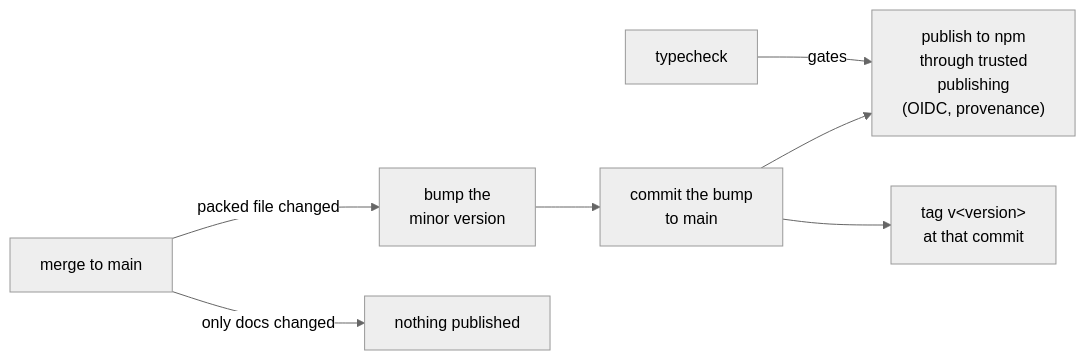
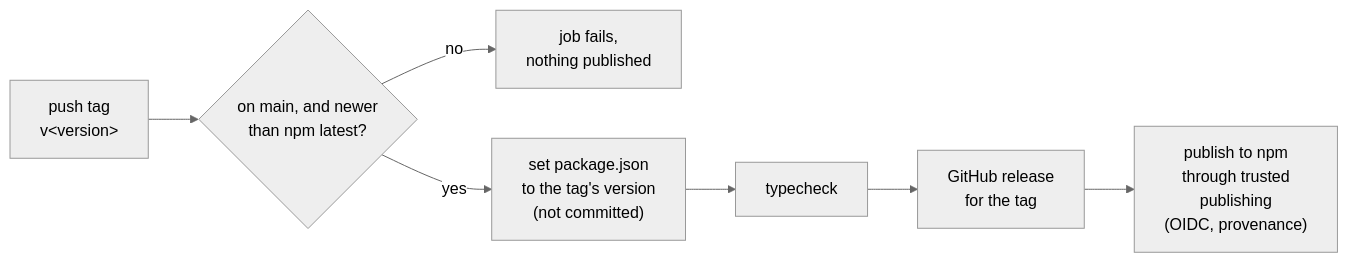
The first of 2 diagrams in docs/content/docs/distribution.mdx (anaclumos/tokenmaxxing), drawn with Mermaid (neutral theme) before and after one commit. The commit also changed other lines of this file and 4 other files, not shown here.

First line of the commit message:
chore: move the checks into lefthook and publish on a v* tag

````diff
--- a/docs/content/docs/distribution.mdx
+++ b/docs/content/docs/distribution.mdx
@@ -18,9 +18,9 @@
 ```mermaid
 flowchart LR
-  merge["merge to main"] -->|"packed file changed"| bump["bump the<br/>minor version"]
-  merge -->|"only docs changed"| none["nothing published"]
-  bump --> commit["commit the bump<br/>to main"]
-  commit --> publish["publish to npm<br/>through trusted<br/>publishing<br/>(OIDC, provenance)"]
-  commit --> tag["tag v#lt;version#gt;<br/>at that commit"]
-  typecheck["typecheck"] -->|"gates"| publish
+  tag["push tag<br/>v#lt;version#gt;"] --> check{"on main, and newer<br/>than npm latest?"}
+  check -->|"no"| fail["job fails,<br/>nothing published"]
+  check -->|"yes"| set["set package.json<br/>to the tag's version<br/>(not committed)"]
+  set --> typecheck["typecheck"]
+  typecheck --> release["GitHub release<br/>for the tag"]
+  release --> publish["publish to npm<br/>through trusted<br/>publishing<br/>(OIDC, provenance)"]
 ```
````
